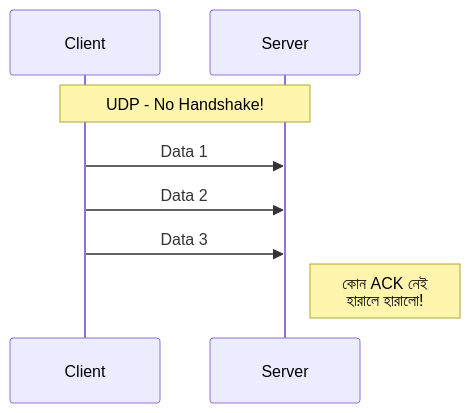
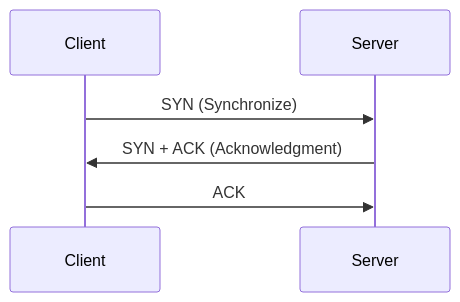
Before and after one commit to xujoncep/learning: the first of 2 diagrams in handnote/computer-networking/04-transport-layer.md, drawn with Mermaid. The commit also changed other lines of this file and 7 other files, not shown here.

````diff
--- a/handnote/computer-networking/04-transport-layer.md
+++ b/handnote/computer-networking/04-transport-layer.md
@@ -183,11 +21,8 @@
 ```mermaid
 sequenceDiagram
     participant C as Client
     participant S as Server
-
-    Note over C,S: UDP - No Handshake!
-    C->>S: Data 1
-    C->>S: Data 2
-    C->>S: Data 3
-    Note right of S: কোন ACK নেই<br/>হারালে হারালো!
+    C->>S: SYN (Synchronize)
+    S->>C: SYN + ACK (Acknowledgment)
+    C->>S: ACK
 ```
````
